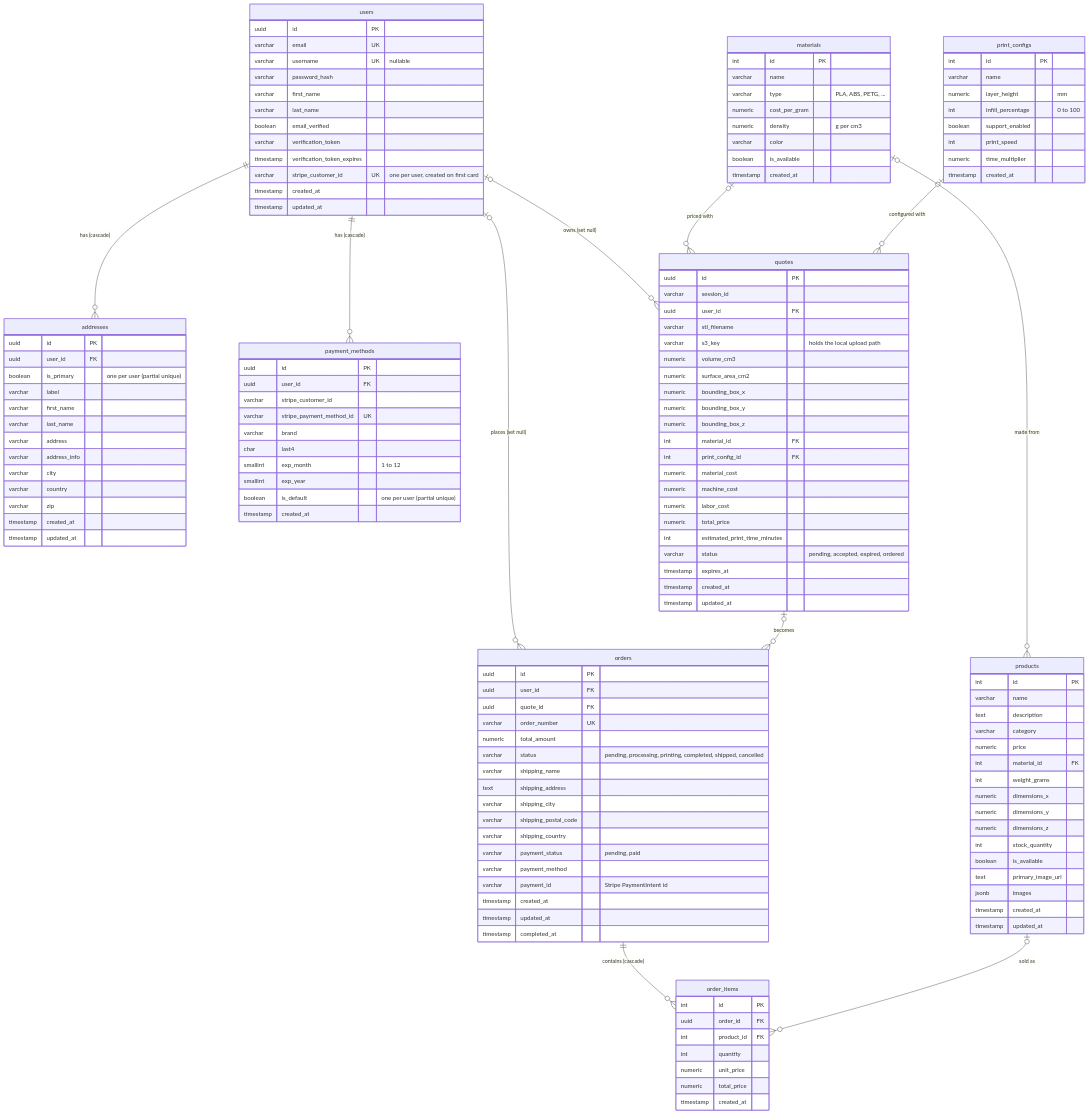
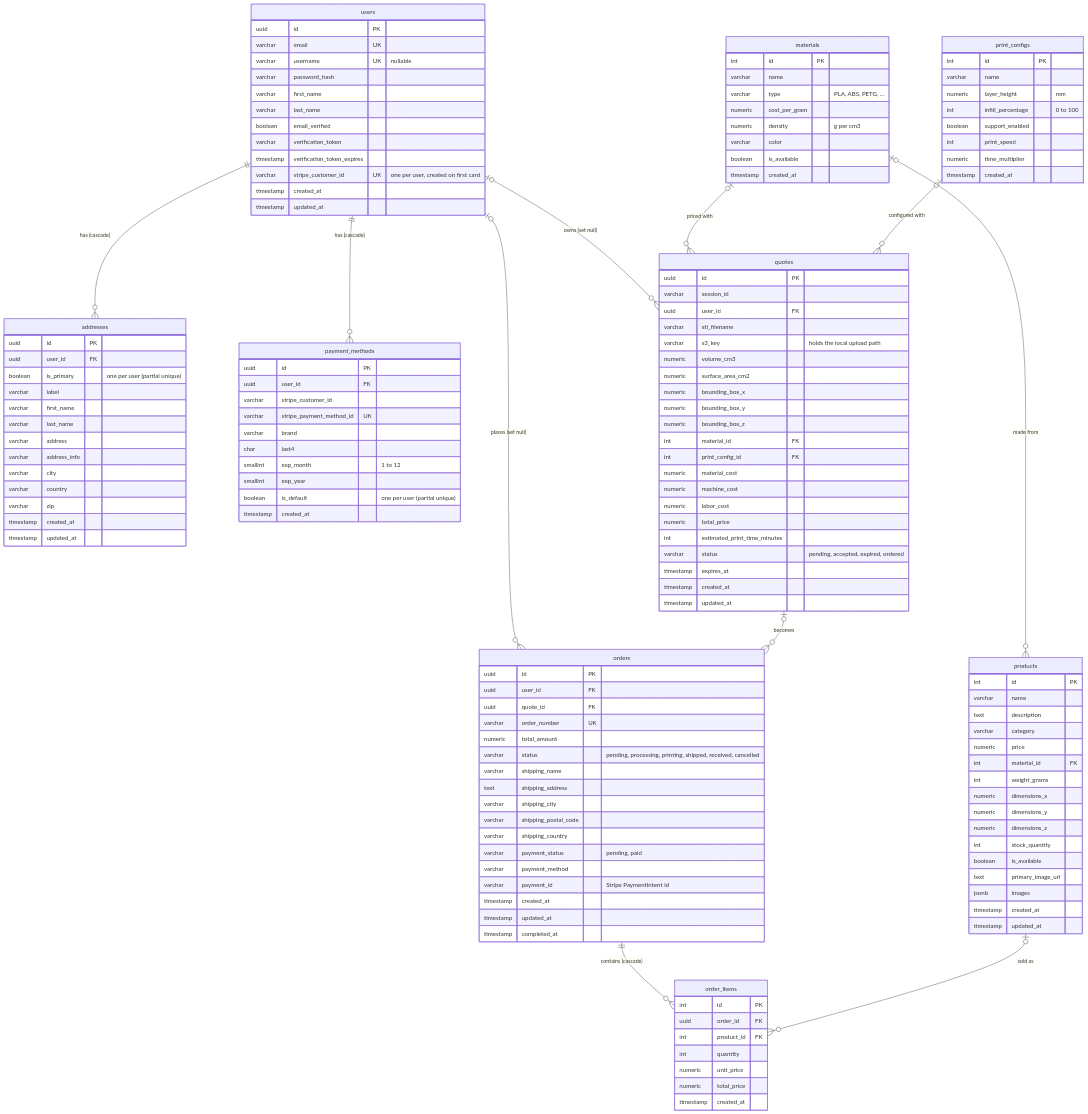
Before and after one commit to gregoriosiravo/3d-print-store-api: the diagram in docs/database.md, drawn with Mermaid. The commit also changed 4 other files, not shown here.

```diff
--- a/docs/database.md
+++ b/docs/database.md
@@ -107,7 +107,7 @@
         uuid quote_id FK
         varchar order_number UK
         numeric total_amount
-        varchar status "pending, processing, printing, completed, shipped, cancelled"
+        varchar status "pending, processing, printing, shipped, received, cancelled"
         varchar shipping_name
         text shipping_address
         varchar shipping_city
```
